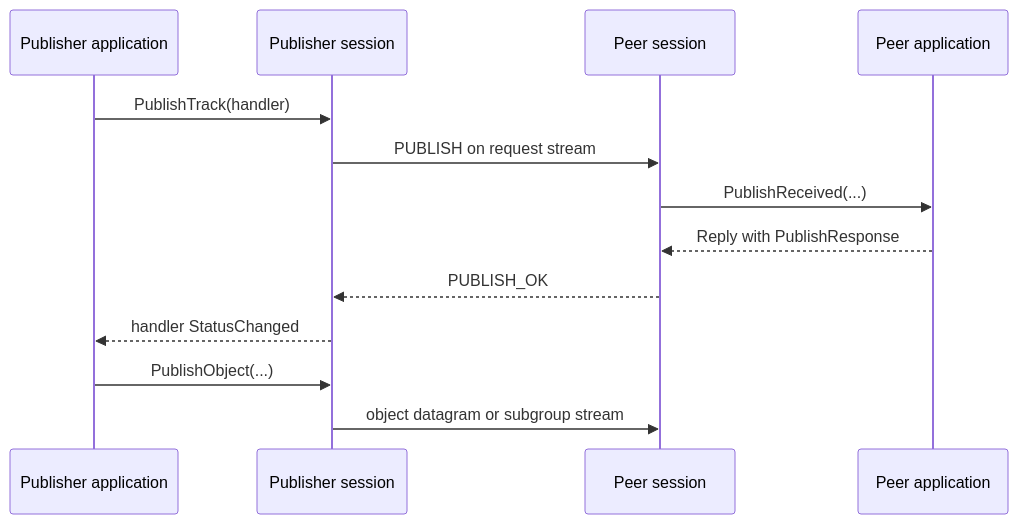
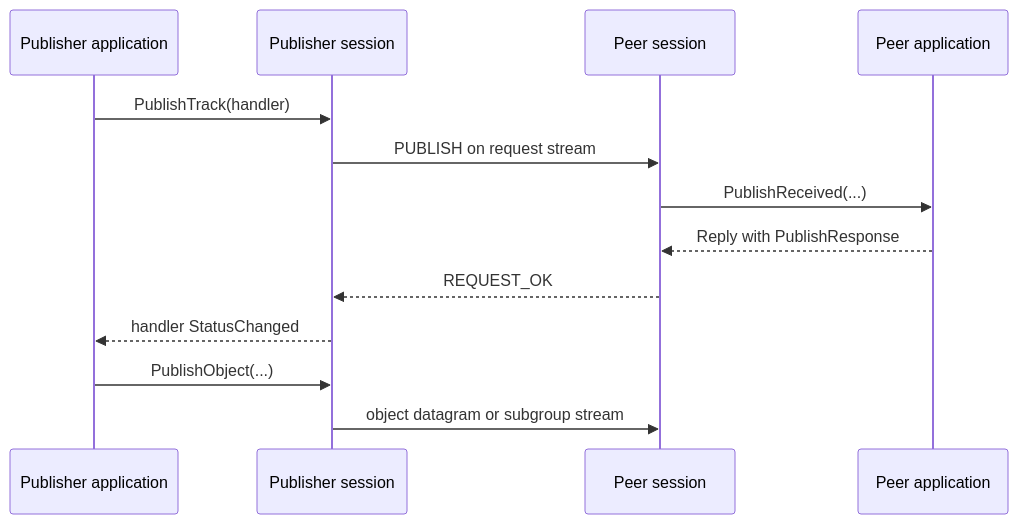
One commit to Quicr/libquicr changed the fifth of 8 diagrams in docs/implementation.md. Above: the diagram before and after it, drawn with Mermaid.

````diff
--- a/docs/implementation.md
+++ b/docs/implementation.md
@@ -220,16 +220,16 @@
 ```mermaid
 sequenceDiagram
     participant App as Publisher application
     participant PubSession as Publisher session
     participant PeerSession as Peer session
     participant PeerApp as Peer application
 
     App->>PubSession: PublishTrack(handler)
     PubSession->>PeerSession: PUBLISH on request stream
     PeerSession->>PeerApp: PublishReceived(...)
     PeerApp-->>PeerSession: Reply with PublishResponse
-    PeerSession-->>PubSession: PUBLISH_OK
+    PeerSession-->>PubSession: REQUEST_OK
     PubSession-->>App: handler StatusChanged
     App->>PubSession: PublishObject(...)
     PubSession->>PeerSession: object datagram or subgroup stream
 ```
````
